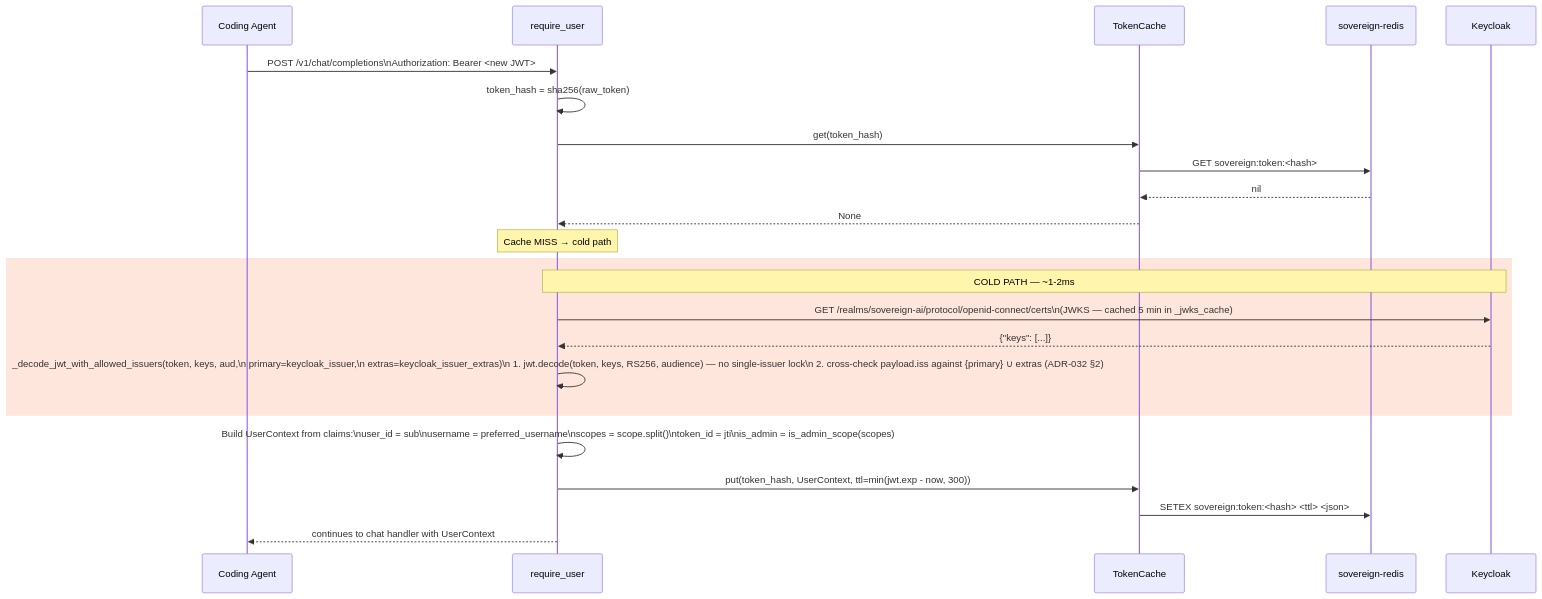
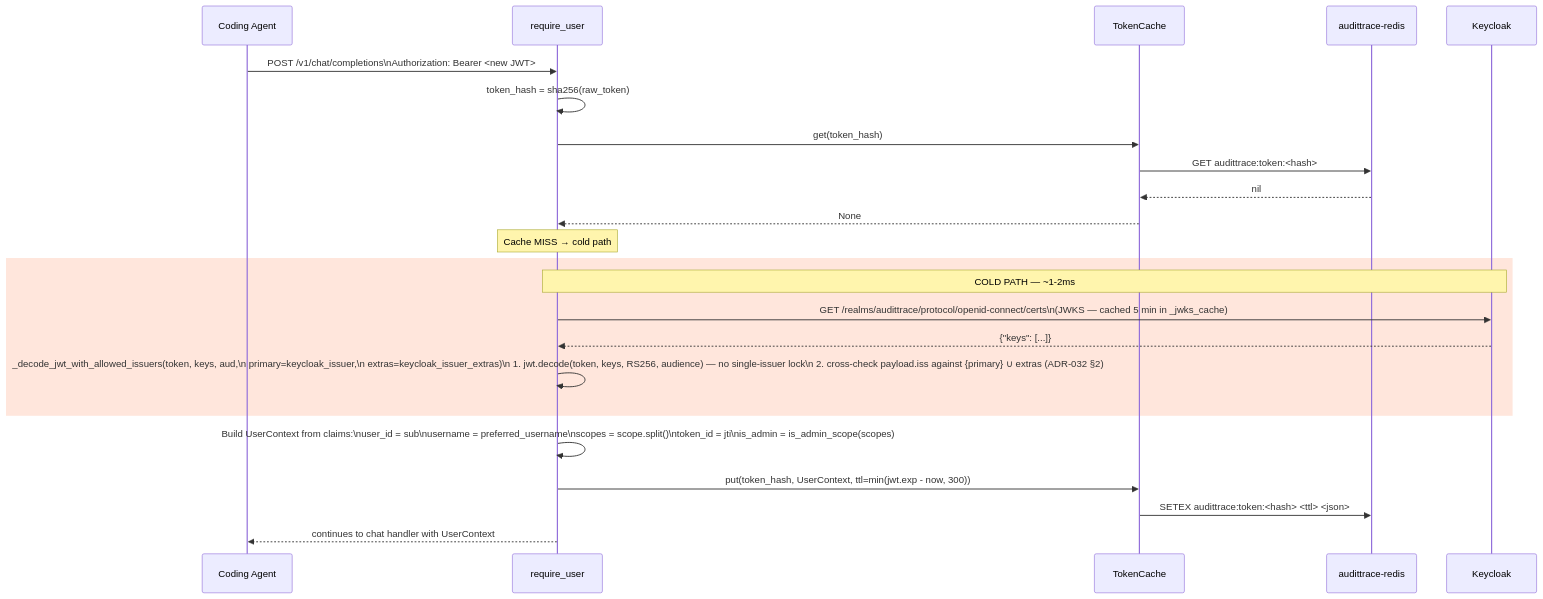
One commit to lfdesousa/AuditTrace-AI changed the fifth of 7 diagrams in docs/architecture/sequence-oauth2-flow.md. Above: the diagram before and after it, drawn with Mermaid. The commit also changed other lines of this file and 8 other files, not shown here.

First line of the commit message:
docs: update architecture diagrams + README for k8s + Istio v1.0

````diff
--- a/docs/architecture/sequence-oauth2-flow.md
+++ b/docs/architecture/sequence-oauth2-flow.md
@@ -164,33 +164,33 @@
 ```mermaid
 sequenceDiagram
     participant Agent as Coding Agent
     participant Auth as require_user
     participant Cache as TokenCache
-    participant Redis as sovereign-redis
+    participant Redis as audittrace-redis
     participant KC as Keycloak
 
     Agent->>Auth: POST /v1/chat/completions\nAuthorization: Bearer <new JWT>
 
     Auth->>Auth: token_hash = sha256(raw_token)
 
     Auth->>Cache: get(token_hash)
-    Cache->>Redis: GET sovereign:token:<hash>
+    Cache->>Redis: GET audittrace:token:<hash>
     Redis-->>Cache: nil
     Cache-->>Auth: None
 
     Note over Auth: Cache MISS → cold path
 
     rect rgb(255, 230, 220)
         Note over Auth,KC: COLD PATH — ~1-2ms
-        Auth->>KC: GET /realms/sovereign-ai/protocol/openid-connect/certs\n(JWKS — cached 5 min in _jwks_cache)
+        Auth->>KC: GET /realms/audittrace/protocol/openid-connect/certs\n(JWKS — cached 5 min in _jwks_cache)
         KC-->>Auth: {"keys": [...]}
         Auth->>Auth: _decode_jwt_with_allowed_issuers(token, keys, aud,\n  primary=keycloak_issuer,\n  extras=keycloak_issuer_extras)\n  1. jwt.decode(token, keys, RS256, audience) — no single-issuer lock\n  2. cross-check payload.iss against {primary} ∪ extras (ADR-032 §2)
     end
 
     Auth->>Auth: Build UserContext from claims:\nuser_id = sub\nusername = preferred_username\nscopes = scope.split()\ntoken_id = jti\nis_admin = is_admin_scope(scopes)
 
     Auth->>Cache: put(token_hash, UserContext, ttl=min(jwt.exp - now, 300))
-    Cache->>Redis: SETEX sovereign:token:<hash> <ttl> <json>
+    Cache->>Redis: SETEX audittrace:token:<hash> <ttl> <json>
 
     Auth-->>Agent: continues to chat handler with UserContext
 ```
````
